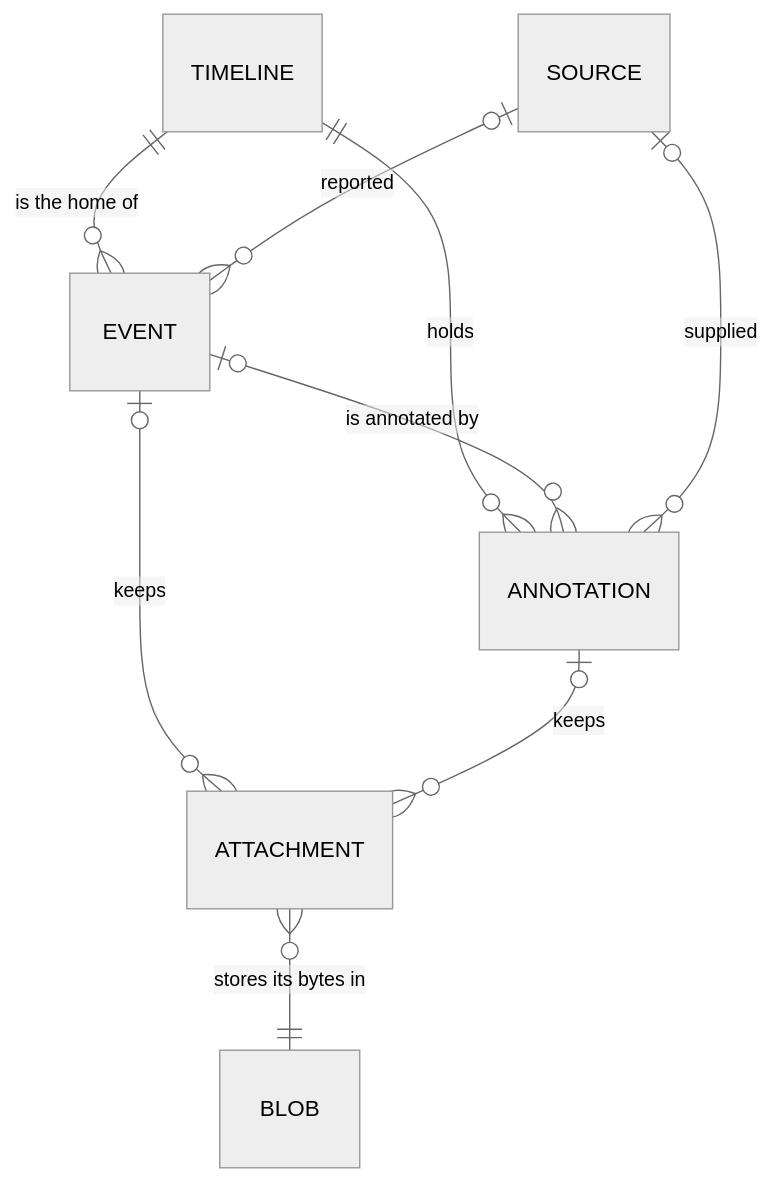
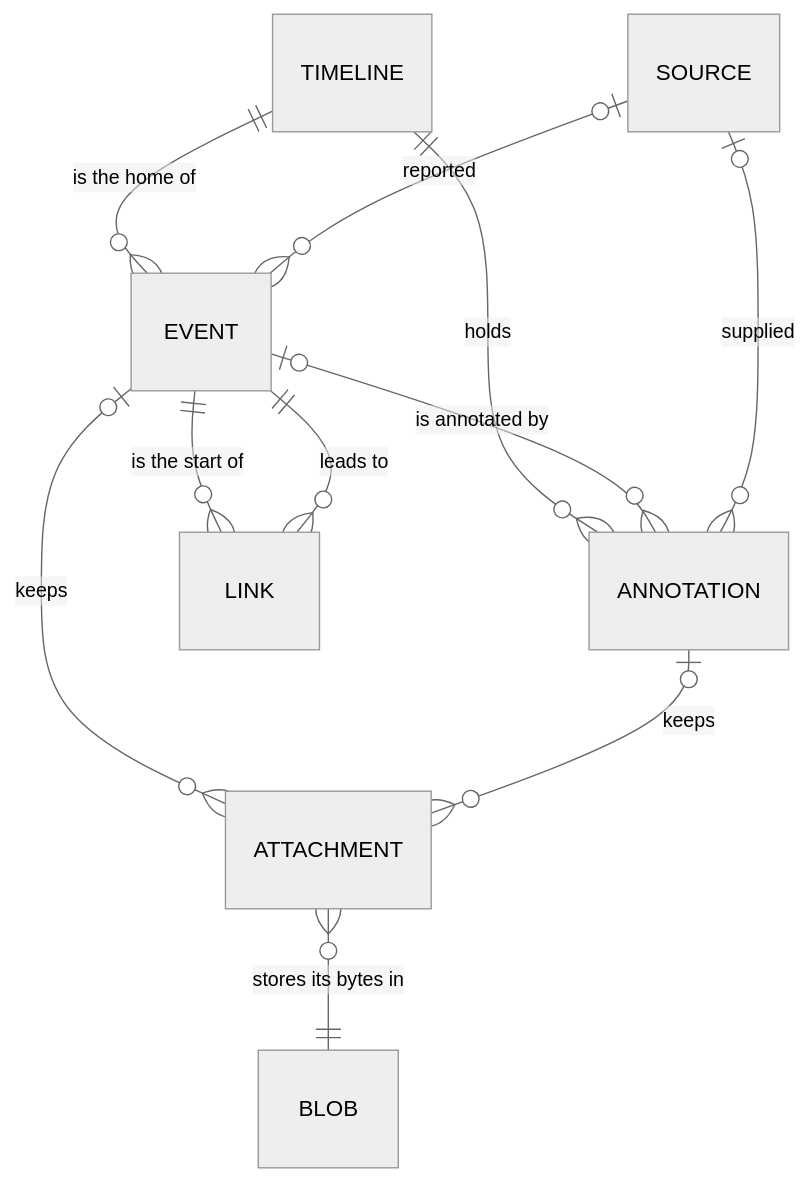
Before and after one commit to macintacos/coroner: the diagram in docs/explanation/data-model.md, drawn with Mermaid (neutral theme). The commit also changed other lines of this file and 7 other files, not shown here.

````diff
--- a/docs/explanation/data-model.md
+++ b/docs/explanation/data-model.md
@@ -13,11 +13,13 @@
 ```mermaid
 erDiagram
   TIMELINE ||--o{ EVENT : "is the home of"
   TIMELINE ||--o{ ANNOTATION : "holds"
   EVENT |o--o{ ANNOTATION : "is annotated by"
   EVENT |o--o{ ATTACHMENT : "keeps"
+  EVENT ||--o{ LINK : "is the start of"
+  LINK }o--|| EVENT : "leads to"
   ANNOTATION |o--o{ ATTACHMENT : "keeps"
   SOURCE |o--o{ EVENT : "reported"
   SOURCE |o--o{ ANNOTATION : "supplied"
   ATTACHMENT }o--|| BLOB : "stores its bytes in"
 ```
````
